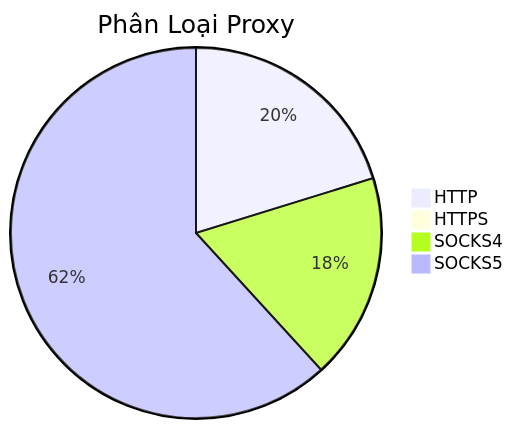
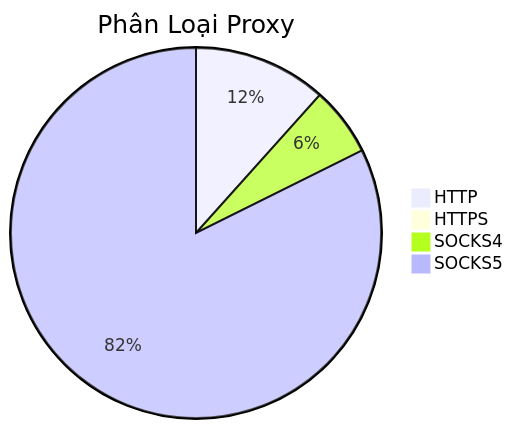
The diagram in README.md (Ciara-Aa/PROXY-free), drawn with Mermaid before and after one commit. The commit also changed other lines of this file and 4 other files, not shown here.

````diff
--- a/README.md
+++ b/README.md
@@ -26,7 +26,7 @@
 ```mermaid
 pie title Phân Loại Proxy
-    "HTTP" : 307
-    "HTTPS" : 5
-    "SOCKS4" : 273
-    "SOCKS5" : 938
+    "HTTP" : 356
+    "HTTPS" : 1
+    "SOCKS4" : 184
+    "SOCKS5" : 2520
 ```
````
